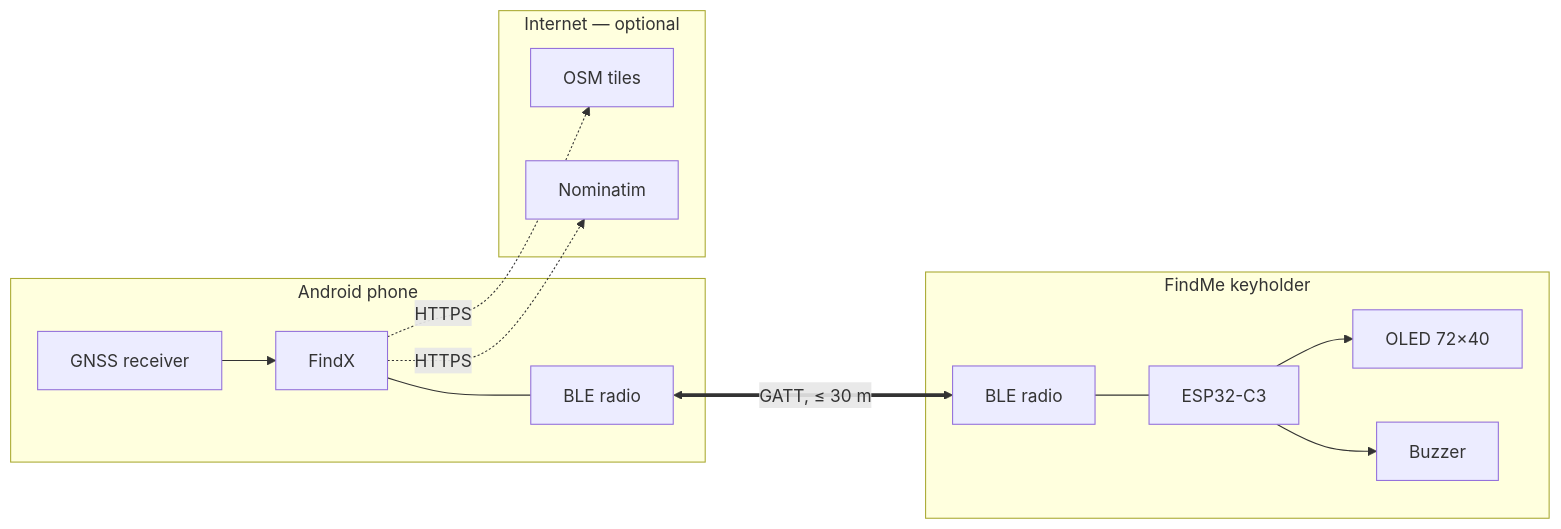
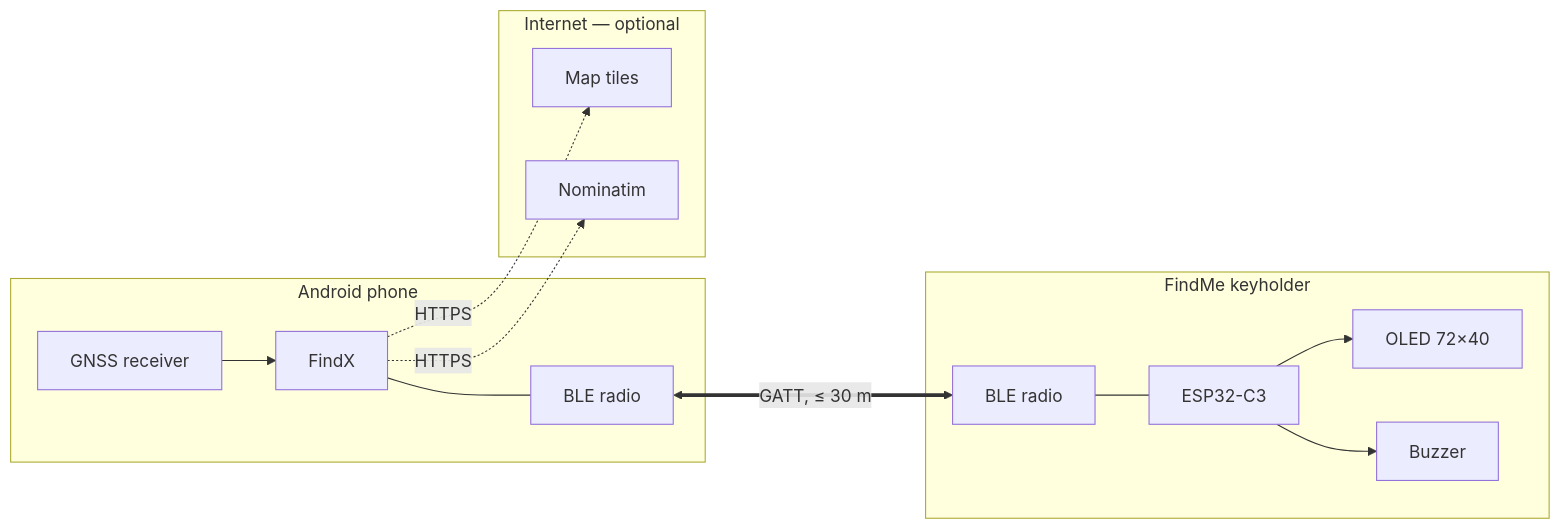
Before and after one commit to Blexalmighty/Keyguard-Final-Year-Project: the fourth of 19 diagrams in docs/CHAPTER_3_DESIGN.md, drawn with Mermaid. The commit also changed other lines of this file and 15 other files, not shown here.

````diff
--- a/docs/CHAPTER_3_DESIGN.md
+++ b/docs/CHAPTER_3_DESIGN.md
@@ -255,26 +255,26 @@
 ```mermaid
 graph LR
     subgraph PH["Android phone"]
         APP["FindX"]
         GPS["GNSS receiver"]
         BT1["BLE radio"]
     end
     subgraph KH["FindMe keyholder"]
         MCU["ESP32-C3"]
         BT2["BLE radio"]
         SCR["OLED 72×40"]
         BZ["Buzzer"]
     end
     subgraph NET["Internet — optional"]
-        T["OSM tiles"]
+        T["Map tiles"]
         N["Nominatim"]
     end
     GPS --> APP
     APP --- BT1
     BT1 <===>|"GATT, ≤ 30 m"| BT2
     BT2 --- MCU
     MCU --> SCR
     MCU --> BZ
     APP -.->|HTTPS| T
     APP -.->|HTTPS| N
 ```
````
